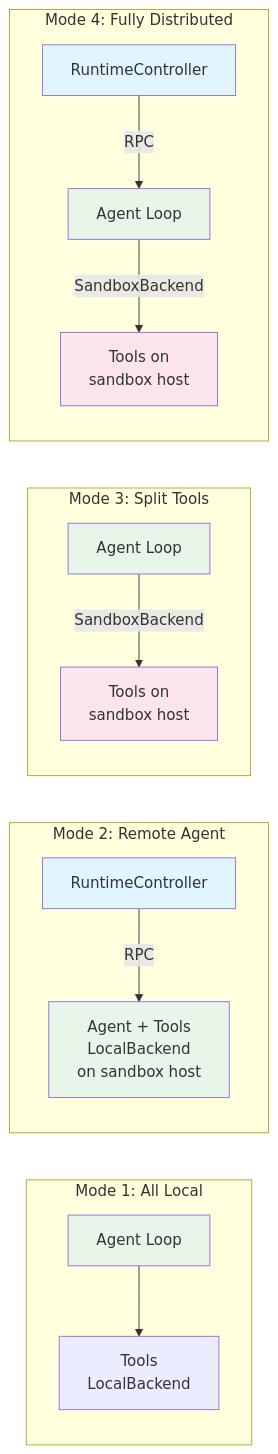
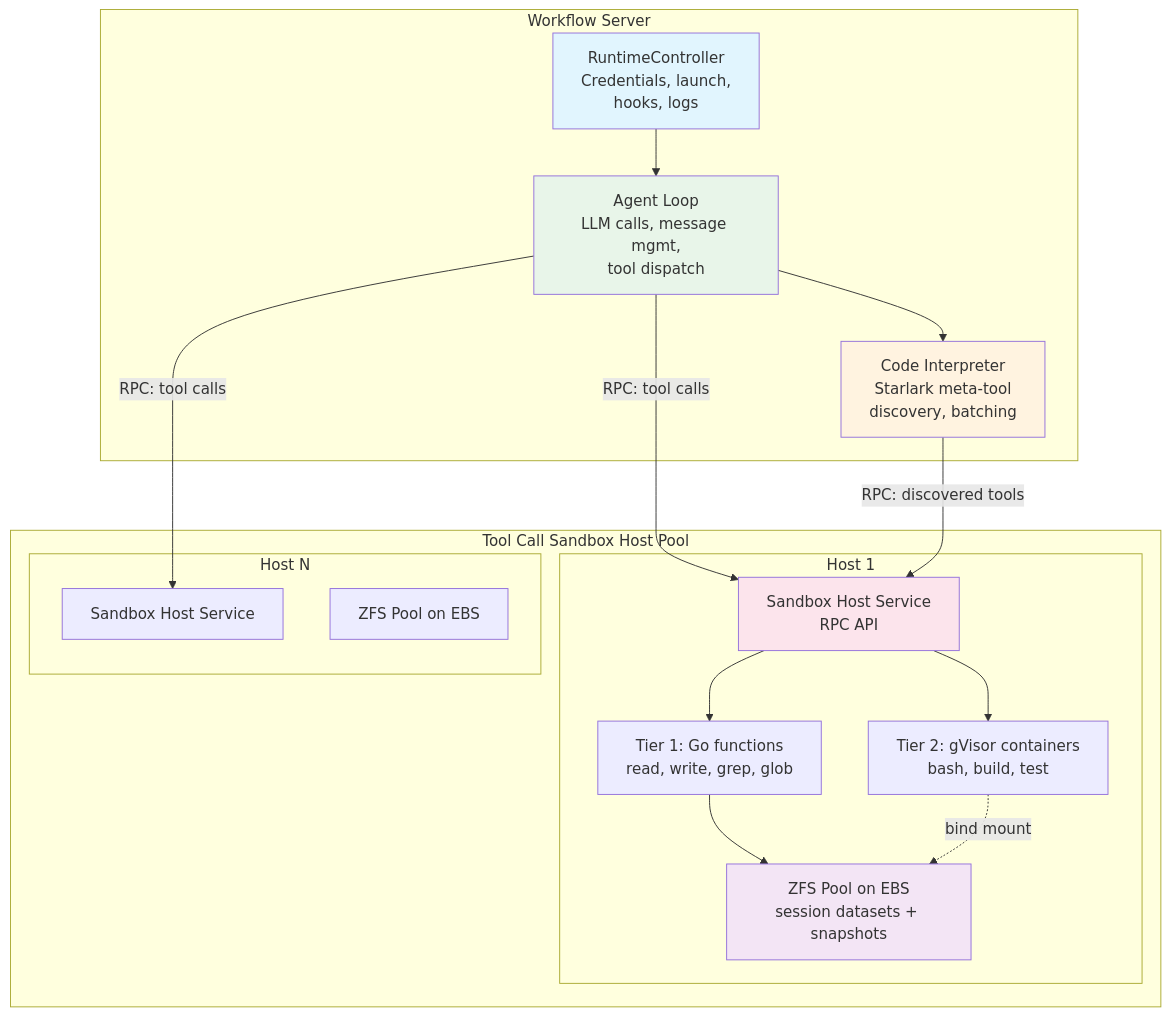
The third of 11 diagrams in docs/plans/00-architecture.md (dcosson/flex-agent-runtime), drawn with Mermaid before and after one commit. The commit also changed other lines of this file and 1 other file, not shown here.

First line of the commit message:
Reorganize architecture doc with high-level framing first

````diff
--- a/docs/plans/00-architecture.md
+++ b/docs/plans/00-architecture.md
@@ -188,27 +277,38 @@
 ```mermaid
-graph LR
-    subgraph "Mode 1: All Local"
-        M1A[Agent Loop] --> M1B[Tools<br/>LocalBackend]
+graph TB
+    subgraph "Workflow Server"
+        ORCH[RuntimeController<br/>Credentials, launch,<br/>hooks, logs]
+        AL[Agent Loop<br/>LLM calls, message mgmt,<br/>tool dispatch]
+        TS[Code Interpreter<br/>Starlark meta-tool<br/>discovery, batching]
     end
 
-    subgraph "Mode 2: Remote Agent"
-        M2O[RuntimeController] -->|RPC| M2A[Agent + Tools<br/>LocalBackend<br/>on sandbox host]
+    subgraph "Tool Call Sandbox Host Pool"
+        subgraph "Host 1"
+            SHS1[Sandbox Host Service<br/>RPC API]
+            ZFS1[ZFS Pool on EBS<br/>session datasets + snapshots]
+            T1_1[Tier 1: Go functions<br/>read, write, grep, glob]
+            T2_1[Tier 2: gVisor containers<br/>bash, build, test]
+            SHS1 --> T1_1
+            SHS1 --> T2_1
+            T1_1 --> ZFS1
+            T2_1 -.->|bind mount| ZFS1
+        end
+
+        subgraph "Host N"
+            SHS2[Sandbox Host Service]
+            ZFS2[ZFS Pool on EBS]
+        end
     end
 
-    subgraph "Mode 3: Split Tools"
-        M3A[Agent Loop] -->|SandboxBackend| M3B[Tools on<br/>sandbox host]
-    end
+    ORCH --> AL
+    AL --> TS
+    AL -->|"RPC: tool calls"| SHS1
+    TS -->|"RPC: discovered tools"| SHS1
+    AL -->|"RPC: tool calls"| SHS2
 
-    subgraph "Mode 4: Fully Distributed"
-        M4O[RuntimeController] -->|RPC| M4A[Agent Loop] -->|SandboxBackend| M4B[Tools on<br/>sandbox host]
-    end
-
-    style M1A fill:#e8f5e9
-    style M2O fill:#e1f5fe
-    style M2A fill:#e8f5e9
-    style M3A fill:#e8f5e9
-    style M3B fill:#fce4ec
-    style M4O fill:#e1f5fe
-    style M4A fill:#e8f5e9
-    style M4B fill:#fce4ec
+    style ORCH fill:#e1f5fe
+    style AL fill:#e8f5e9
+    style TS fill:#fff3e0
+    style SHS1 fill:#fce4ec
+    style ZFS1 fill:#f3e5f5
 ```
````
